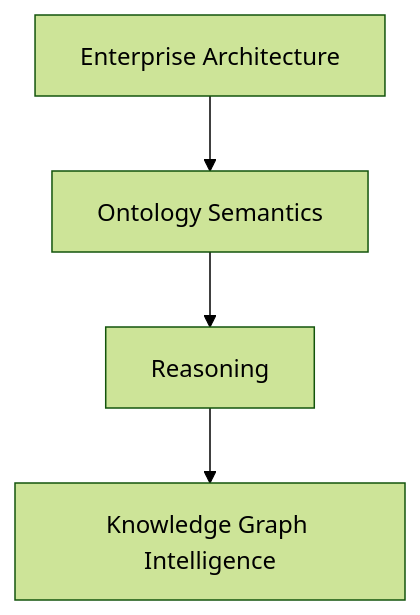
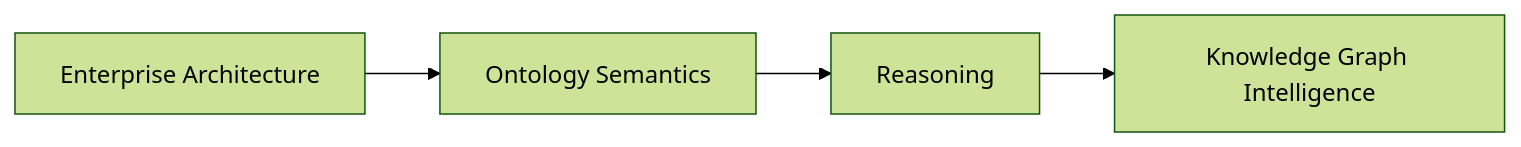
One commit to yasenstar/protege_pizza changed the diagram in ebook/ch02.md. Above: the diagram before and after it, drawn with Mermaid (forest theme). The commit also changed 6 other files, not shown here.

Commit message:
fix mermaid chart

````diff
--- a/ebook/ch02.md
+++ b/ebook/ch02.md
@@ -405,5 +405,6 @@
 ```mermaid
-flowchart TD
-A[Enterprise Architecture] --> B[Ontology Semantics]
-B --> C[Reasoning] --> D[Knowledge Graph Intelligence]
+flowchart LR
+    A[Enterprise Architecture] --> B[Ontology Semantics]
+    B --> C[Reasoning]
+    C --> D[Knowledge Graph Intelligence]
 ```
````
